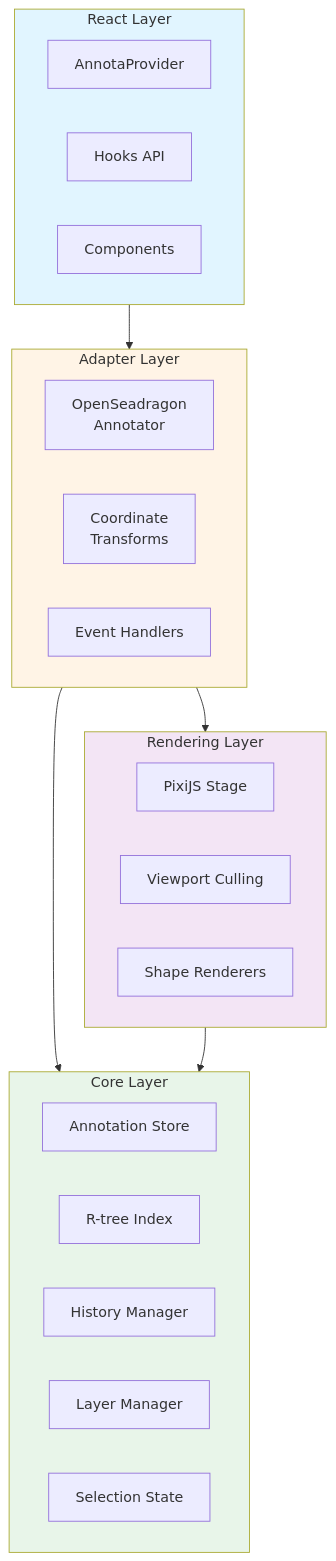
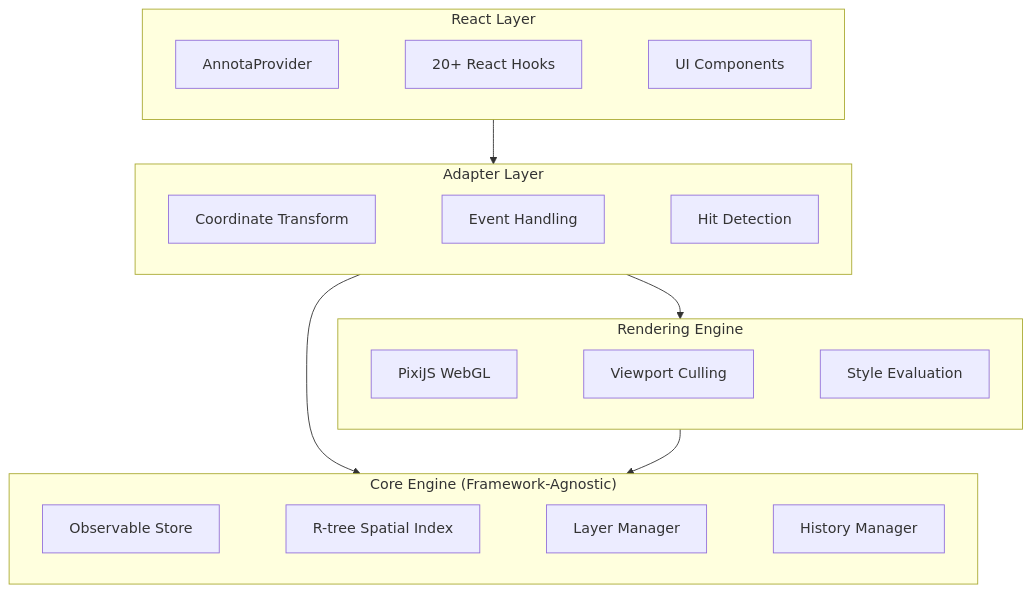
The first of 4 diagrams in docs/content/docs/architecture.mdx (bitroc-ai/annota), drawn with Mermaid before and after one commit. The commit also changed other lines of this file, not shown here.

First line of the commit message:
docs: rewrite architecture page with clean mermaid diagrams

````diff
--- a/docs/content/docs/architecture.mdx
+++ b/docs/content/docs/architecture.mdx
@@ -36,38 +9,23 @@
 ```mermaid
 graph TB
     subgraph React["React Layer"]
-        Provider[AnnotaProvider]
-        Hooks[Hooks API]
-        Components[Components]
+        Provider["AnnotaProvider"] ~~~ Hooks["20+ React Hooks"] ~~~ Components["UI Components"]
     end
 
     subgraph Adapter["Adapter Layer"]
-        OSD[OpenSeadragon<br/>Annotator]
-        Coords[Coordinate<br/>Transforms]
-        Events[Event Handlers]
+        Coordinates["Coordinate Transform"] ~~~ Events["Event Handling"] ~~~ HitDetection["Hit Detection"]
     end
 
-    subgraph Rendering["Rendering Layer"]
-        PixiStage[PixiJS Stage]
-        Culling[Viewport Culling]
-        Shapes[Shape Renderers]
+    subgraph Rendering["Rendering Engine"]
+        PixiJS["PixiJS WebGL"] ~~~ Culling["Viewport Culling"] ~~~ Styles["Style Evaluation"]
     end
 
-    subgraph Core["Core Layer"]
-        Store[Annotation Store]
-        Spatial[R-tree Index]
-        History[History Manager]
-        Layers[Layer Manager]
-        Selection[Selection State]
+    subgraph Core["Core Engine (Framework-Agnostic)"]
+        Store["Observable Store"] ~~~ Spatial["R-tree Spatial Index"] ~~~ Layers["Layer Manager"] ~~~ History["History Manager"]
     end
 
     React --> Adapter
     Adapter --> Rendering
     Adapter --> Core
     Rendering --> Core
-
-    style React fill:#e1f5ff
-    style Adapter fill:#fff4e6
-    style Rendering fill:#f3e5f5
-    style Core fill:#e8f5e9
 ```
````
